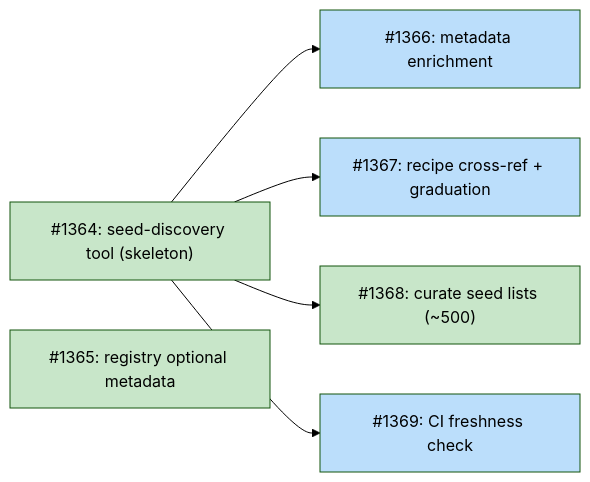
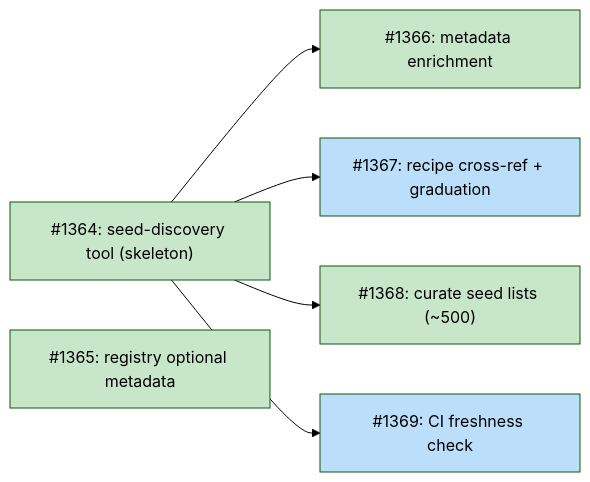
The diagram in docs/designs/DESIGN-discovery-registry-bootstrap.md (tsukumogami/tsuku), drawn with Mermaid (forest theme) before and after one commit. The commit also changed other lines of this file and 854 other files, not shown here.

````diff
--- a/docs/designs/DESIGN-discovery-registry-bootstrap.md
+++ b/docs/designs/DESIGN-discovery-registry-bootstrap.md
@@ -51,22 +50,22 @@
 ```mermaid
 graph LR
     I1364["#1364: seed-discovery tool (skeleton)"]
     I1365["#1365: registry optional metadata"]
     I1366["#1366: metadata enrichment"]
     I1367["#1367: recipe cross-ref + graduation"]
     I1368["#1368: curate seed lists (~500)"]
     I1369["#1369: CI freshness check"]
 
     I1364 --> I1366
     I1364 --> I1367
     I1364 --> I1368
     I1364 --> I1369
 
     classDef done fill:#c8e6c9
     classDef ready fill:#bbdefb
     classDef blocked fill:#fff9c4
     classDef needsDesign fill:#e1bee7
 
-    class I1364,I1365,I1368 done
-    class I1366,I1367,I1369 ready
+    class I1364,I1365,I1366,I1368 done
+    class I1367,I1369 ready
 ```
````
